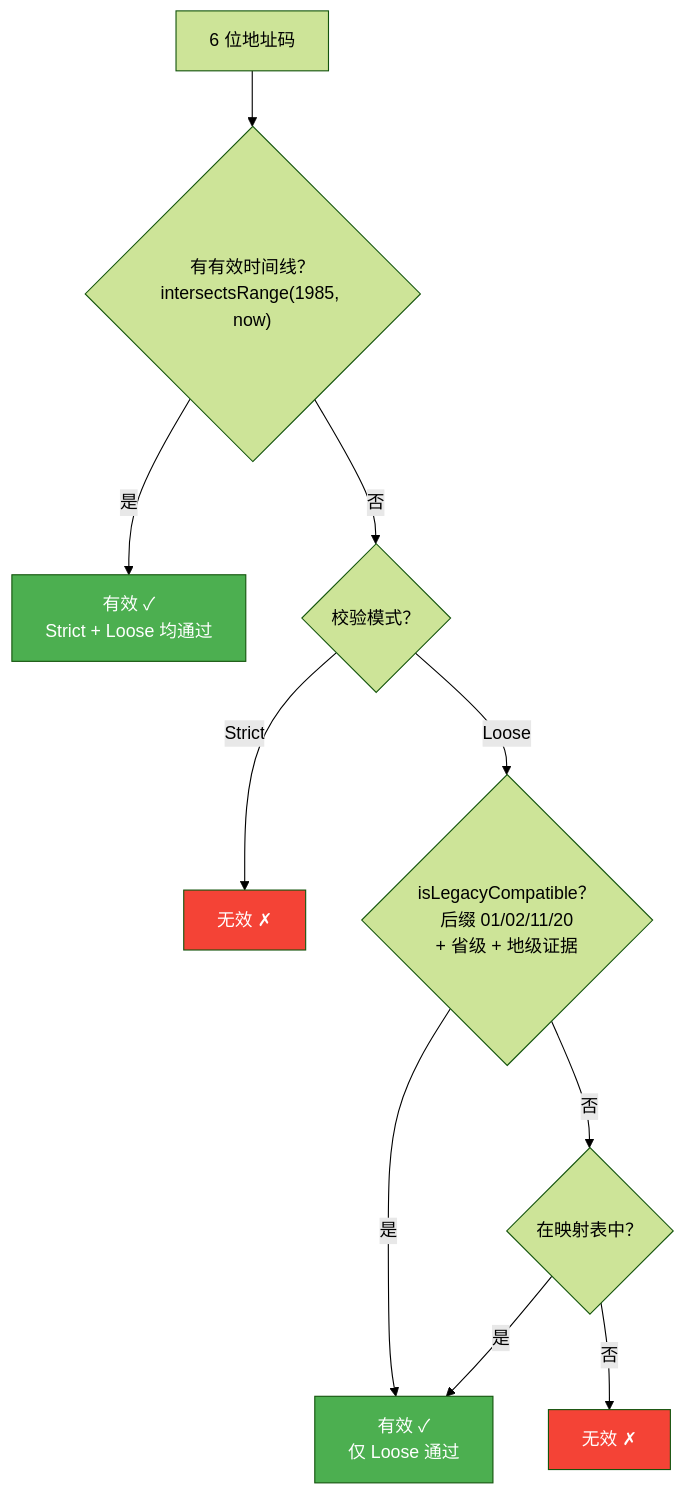
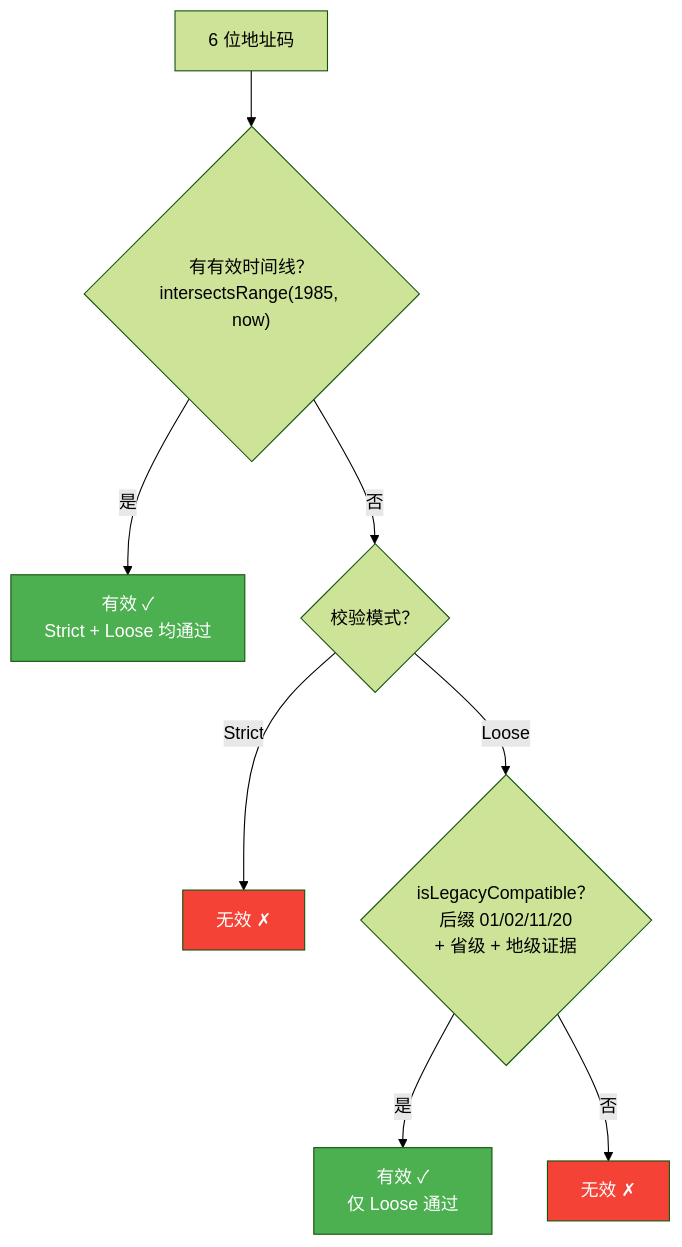
One commit to fangfengxiang/chinese-id-validator changed diagram 11 of 12 in docs/identity-number-domain.md. Above: the diagram before and after it, drawn with Mermaid (forest theme). The commit also changed other lines of this file and 2 other files, not shown here.

````diff
--- a/docs/identity-number-domain.md
+++ b/docs/identity-number-domain.md
@@ -548,17 +560,15 @@
 ```mermaid
 graph TD
     Code["6 位地址码"] --> TL{"有有效时间线？<br/>intersectsRange(1985, now)"}
     TL -->|"是"| Valid["有效 ✓<br/>Strict + Loose 均通过"]
     TL -->|"否"| Mode{"校验模式？"}
     Mode -->|"Strict"| Invalid["无效 ✗"]
     Mode -->|"Loose"| Legacy{"isLegacyCompatible？<br/>后缀 01/02/11/20<br/>+ 省级 + 地级证据"}
     Legacy -->|"是"| ValidL["有效 ✓<br/>仅 Loose 通过"]
-    Legacy -->|"否"| Map{"在映射表中？"}
-    Map -->|"是"| ValidL
-    Map -->|"否"| InvalidL["无效 ✗"]
+    Legacy -->|"否"| InvalidL["无效 ✗"]
 
     style Valid fill:#4CAF50,color:#fff
     style ValidL fill:#4CAF50,color:#fff
     style Invalid fill:#f44336,color:#fff
     style InvalidL fill:#f44336,color:#fff
 ```
````
